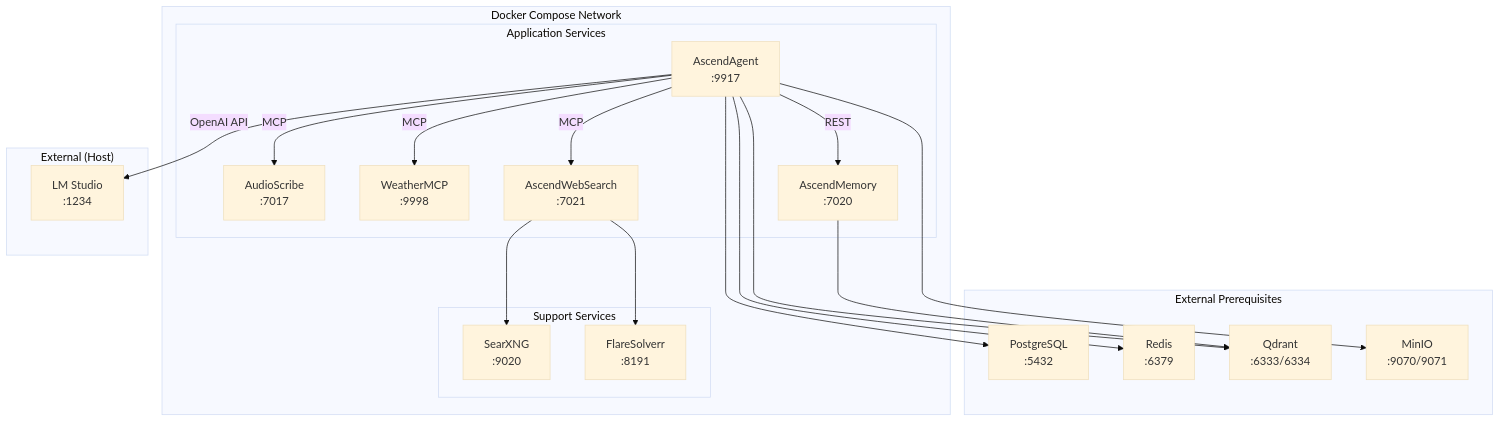
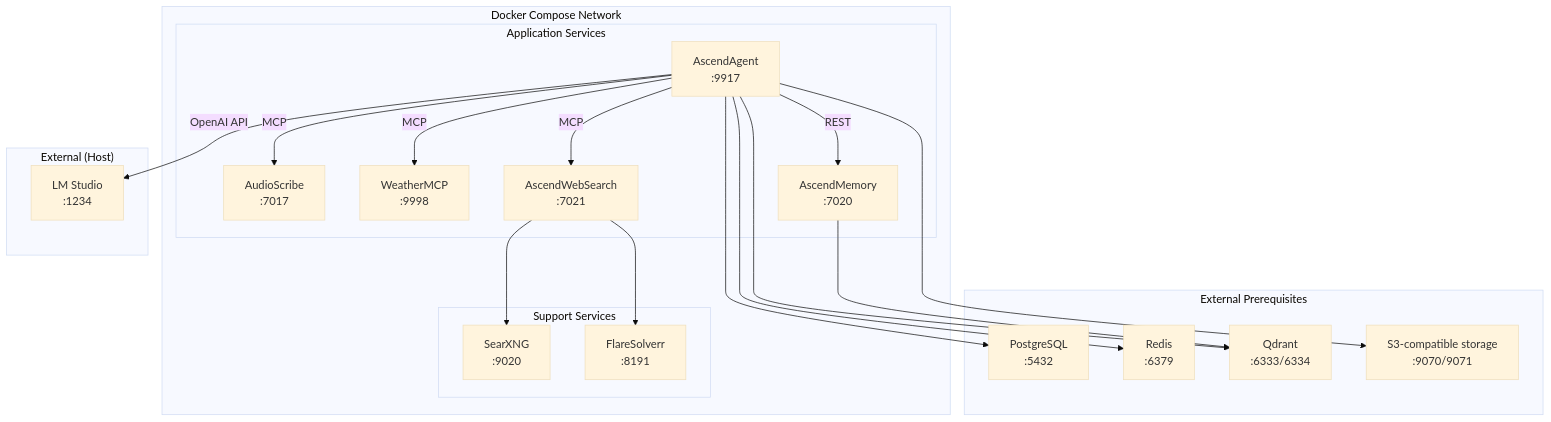
Before and after one commit to Lukk17/AscendAI: the diagram in AscendAgent/docs/architecture/arc42/07-deployment-view.md, drawn with Mermaid (base theme). The commit also changed other lines of this file and 207 other files, not shown here.

First line of the commit message:
feat(storage): replace MinIO with Floci as the local object store

````diff
--- a/AscendAgent/docs/architecture/arc42/07-deployment-view.md
+++ b/AscendAgent/docs/architecture/arc42/07-deployment-view.md
@@ -7,41 +7,41 @@
 ```mermaid
 graph TB
     subgraph "External Prerequisites"
         Postgres["PostgreSQL<br/>:5432"]
         Redis["Redis<br/>:6379"]
         Qdrant["Qdrant<br/>:6333/6334"]
-        MinIO["MinIO<br/>:9070/9071"]
+        S3["S3-compatible storage<br/>:9070/9071"]
     end
 
     subgraph "Docker Compose Network"
         subgraph "Application Services"
             AscendAgent["AscendAgent<br/>:9917"]
             AudioScribe["AudioScribe<br/>:7017"]
             Weather["WeatherMCP<br/>:9998"]
             WebSearch["AscendWebSearch<br/>:7021"]
             Memory["AscendMemory<br/>:7020"]
         end
 
         subgraph "Support Services"
             SearXNG["SearXNG<br/>:9020"]
             FlareSolverr["FlareSolverr<br/>:8191"]
         end
     end
 
     subgraph "External (Host)"
         LMStudio["LM Studio<br/>:1234"]
     end
 
     AscendAgent -->|"MCP"| AudioScribe
     AscendAgent -->|"MCP"| Weather
     AscendAgent -->|"MCP"| WebSearch
     AscendAgent -->|"REST"| Memory
     AscendAgent --> Postgres
     AscendAgent --> Redis
     AscendAgent --> Qdrant
-    AscendAgent --> MinIO
+    AscendAgent --> S3
     WebSearch --> SearXNG
     WebSearch --> FlareSolverr
     Memory --> Qdrant
     AscendAgent -->|"OpenAI API"| LMStudio
 ```
````
